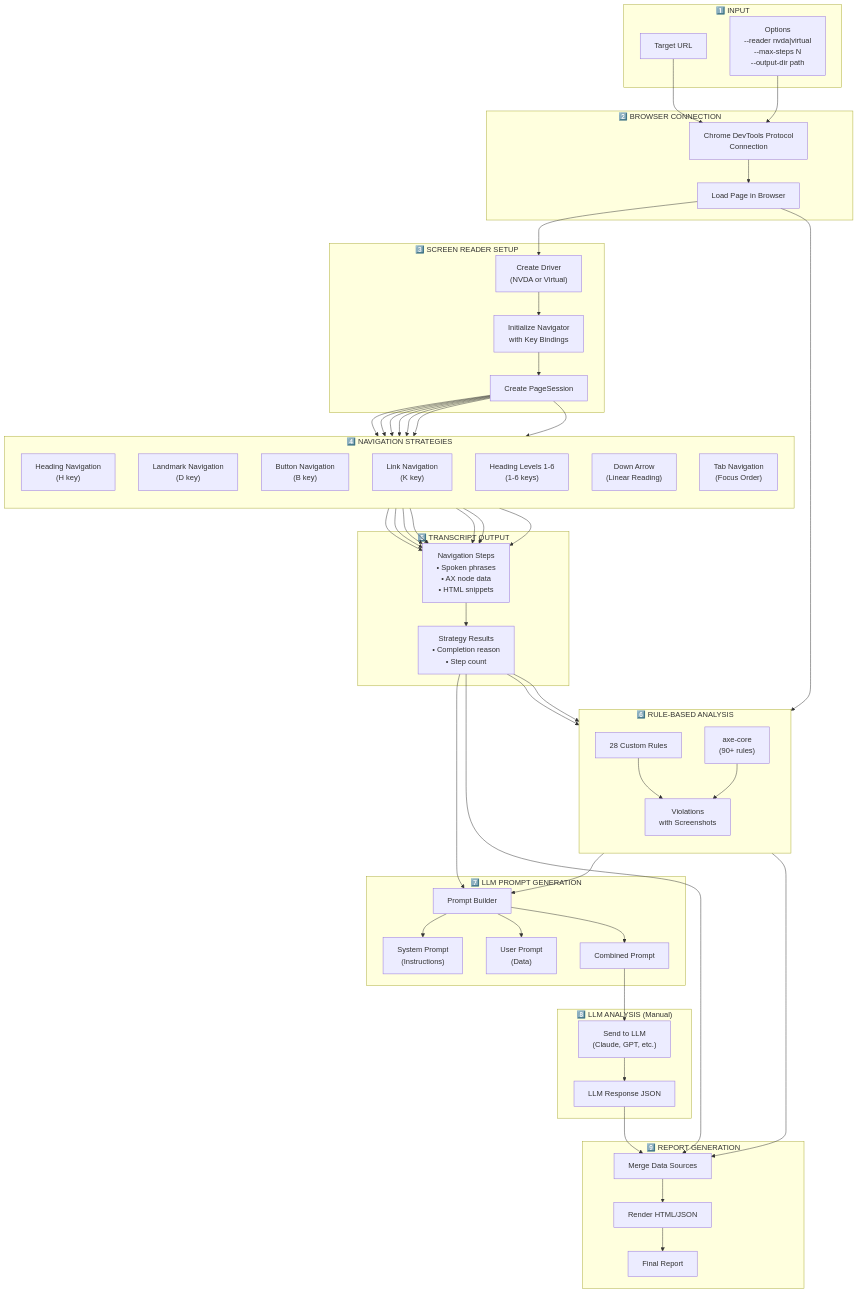
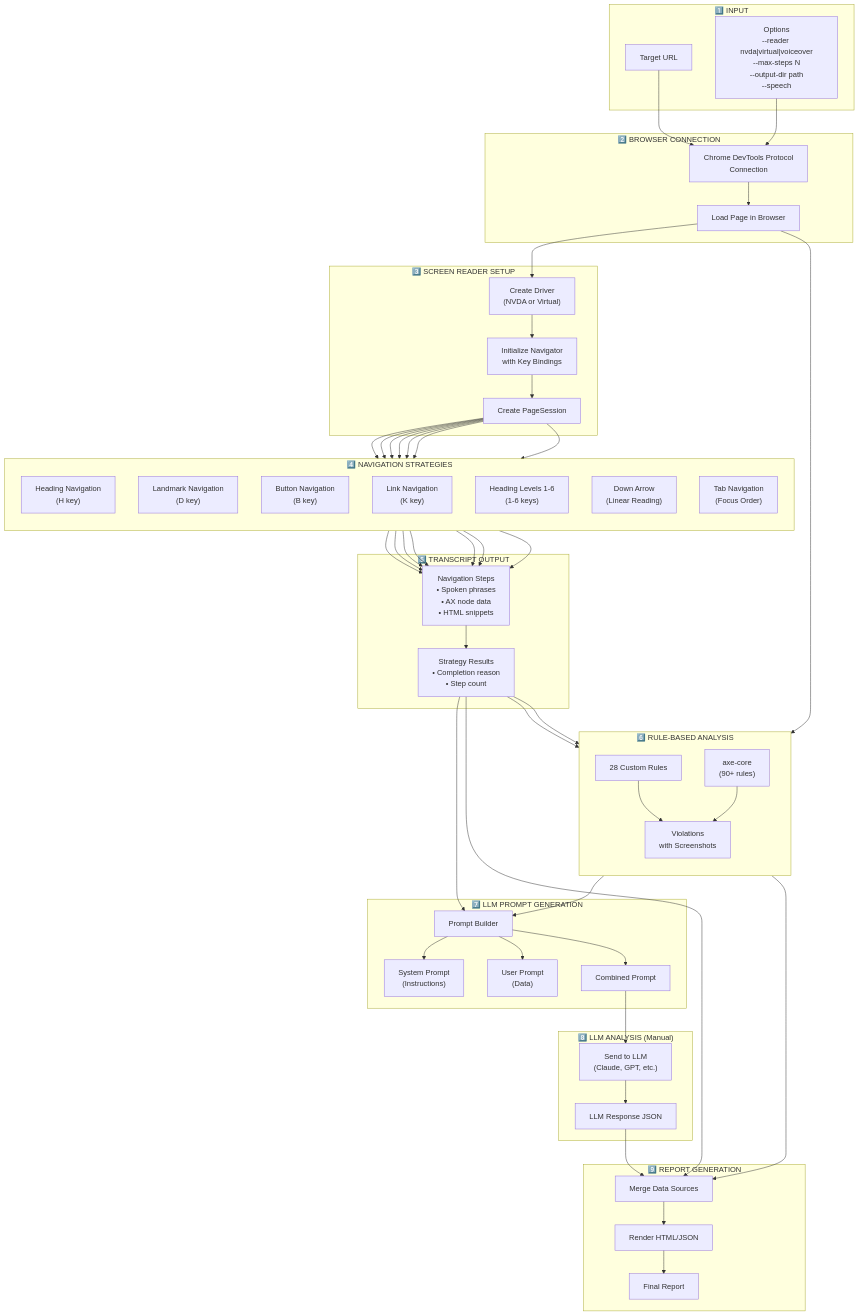
The second of 12 diagrams in WIKI.md (Chitova263/accessibility-audit), drawn with Mermaid before and after one commit. The commit also changed other lines of this file and 57 other files, not shown here.

```diff
--- a/WIKI.md
+++ b/WIKI.md
@@ -19,7 +19,7 @@
 flowchart TB
     subgraph INPUT["1️⃣ INPUT"]
         URL["Target URL"]
-        OPTIONS["Options<br/>--reader nvda|virtual<br/>--max-steps N<br/>--output-dir path"]
+        OPTIONS["Options<br/>--reader nvda|virtual|voiceover<br/>--max-steps N<br/>--output-dir path<br/>--speech"]
     end
 
     subgraph CONNECT["2️⃣ BROWSER CONNECTION"]
```
